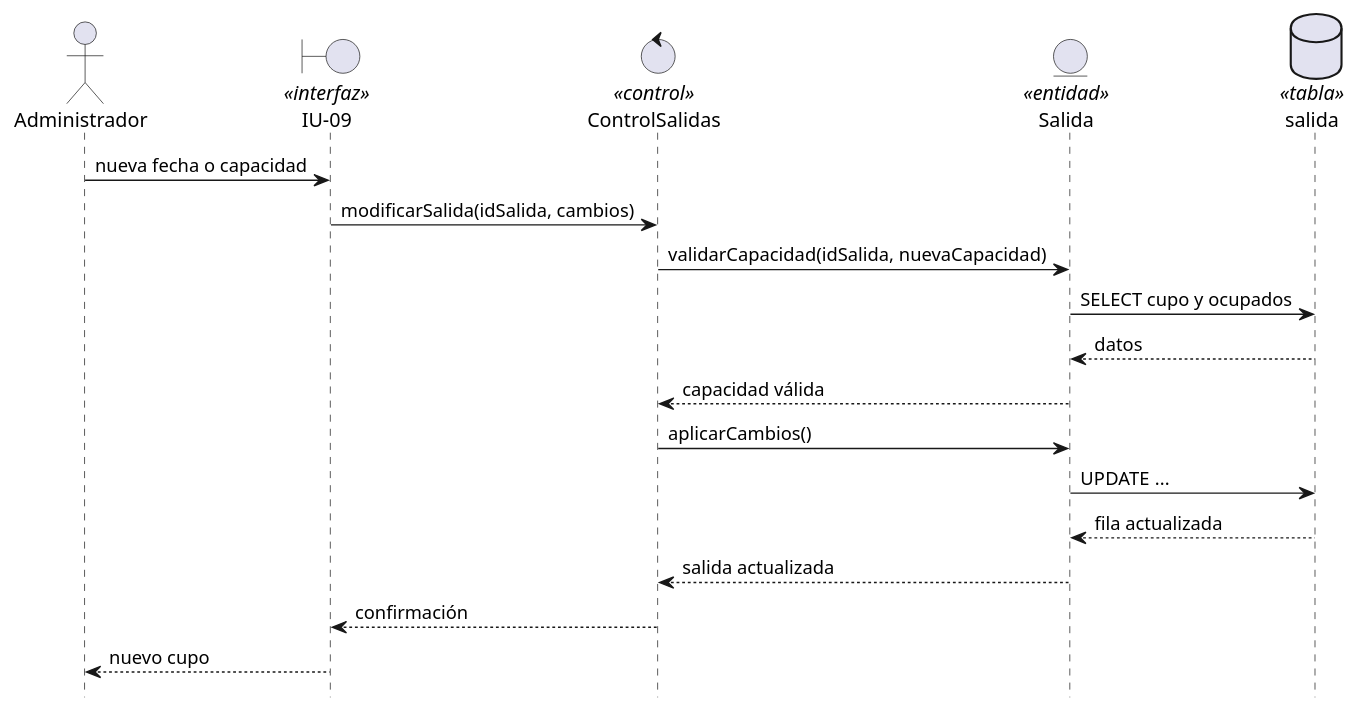
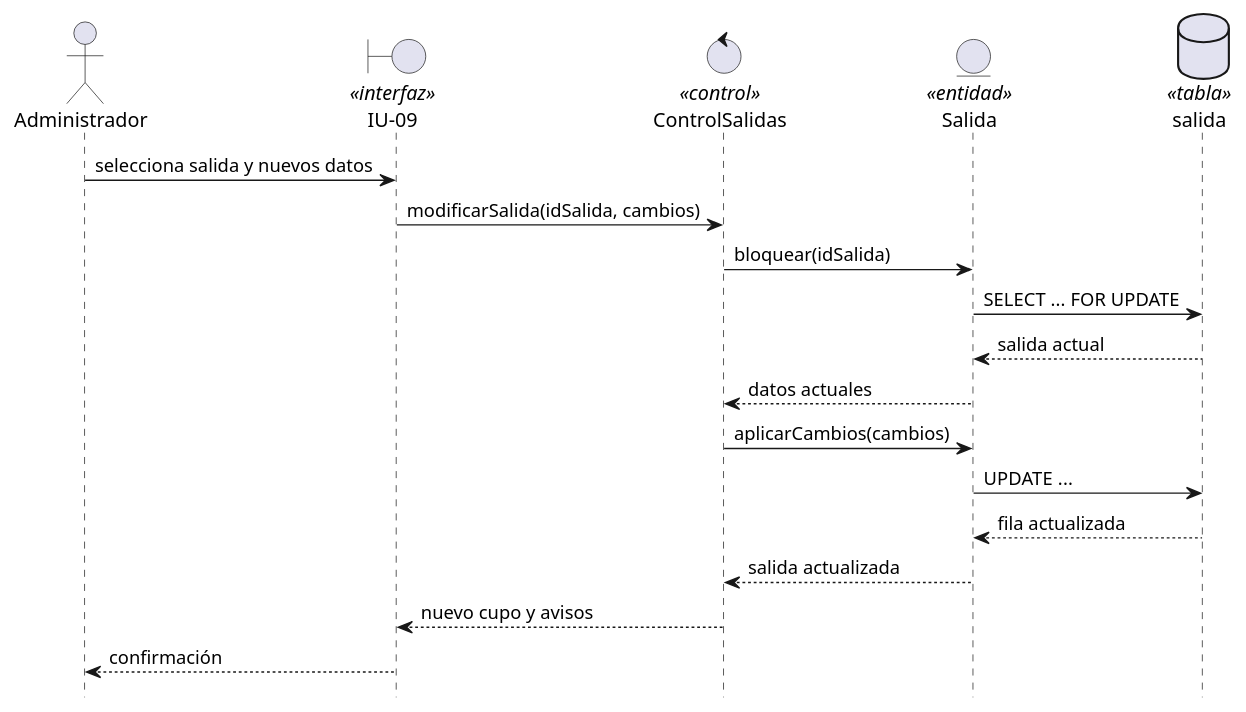
Before and after one commit to fervflow/sis-inf3-proyecto-formativo: the diagram in diagramas/fuentes/uml/secuencia-light/hu-09-modificar-salida.puml, drawn with PlantUML. The commit also changed 32 other files, not shown here.

Commit message:
refactor: diagramas de secuencia, HU orientado a turistas agregado

```diff
--- a/diagramas/fuentes/uml/secuencia-light/hu-09-modificar-salida.puml
+++ b/diagramas/fuentes/uml/secuencia-light/hu-09-modificar-salida.puml
@@ -1,23 +1,23 @@
 @startuml
-' HU-09 · Modificar salida (versión ligera)
+' HU-09 · Modificar fechas o capacidad de una salida (versión ligera)
 hide footbox
 
 actor "Administrador" as ADM
 boundary "IU-09" as UI <<interfaz>>
 control "ControlSalidas" as CTRL <<control>>
 entity "Salida" as E_SALIDA <<entidad>>
 database "salida" as T_SALIDA <<tabla>>
 
-ADM -> UI : nueva fecha o capacidad
+ADM -> UI : selecciona salida y nuevos datos
 UI -> CTRL : modificarSalida(idSalida, cambios)
-CTRL -> E_SALIDA : validarCapacidad(idSalida, nuevaCapacidad)
-E_SALIDA -> T_SALIDA : SELECT cupo y ocupados
-T_SALIDA --> E_SALIDA : datos
-E_SALIDA --> CTRL : capacidad válida
-CTRL -> E_SALIDA : aplicarCambios()
+CTRL -> E_SALIDA : bloquear(idSalida)
+E_SALIDA -> T_SALIDA : SELECT ... FOR UPDATE
+T_SALIDA --> E_SALIDA : salida actual
+E_SALIDA --> CTRL : datos actuales
+CTRL -> E_SALIDA : aplicarCambios(cambios)
 E_SALIDA -> T_SALIDA : UPDATE ...
 T_SALIDA --> E_SALIDA : fila actualizada
 E_SALIDA --> CTRL : salida actualizada
-CTRL --> UI : confirmación
-UI --> ADM : nuevo cupo
+CTRL --> UI : nuevo cupo y avisos
+UI --> ADM : confirmación
 @enduml
```
